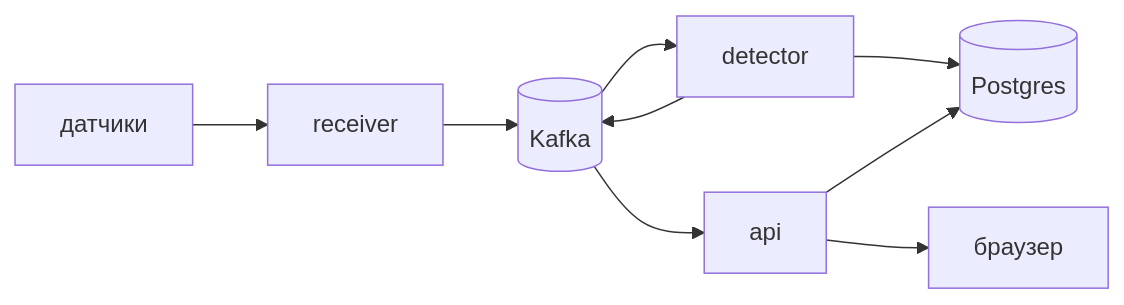
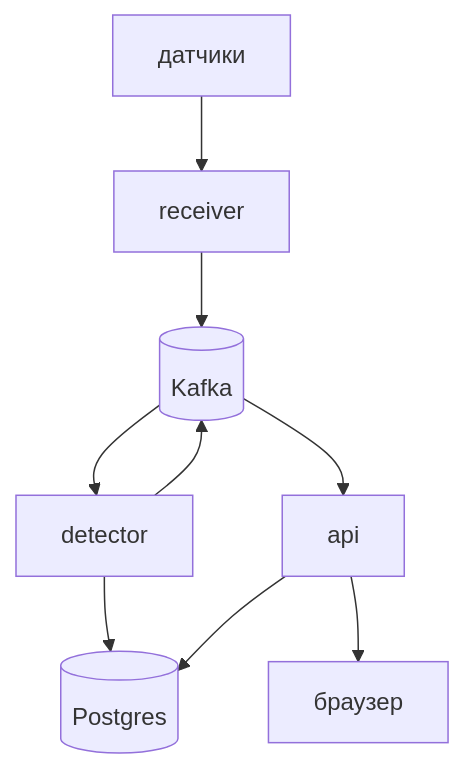
The diagram in README.md (troxin-a/streaming-hazard-monitor), drawn with Mermaid before and after one commit.

````diff
--- a/README.md
+++ b/README.md
@@ -28,8 +28,8 @@
 ```mermaid
-flowchart LR
+flowchart TD
     sensors[датчики] --> receiver --> kafka[(Kafka)]
     kafka --> detector --> postgres[(Postgres)]
     detector --> kafka
     kafka --> api --> browser[браузер]
     api --> postgres
 ```
````
